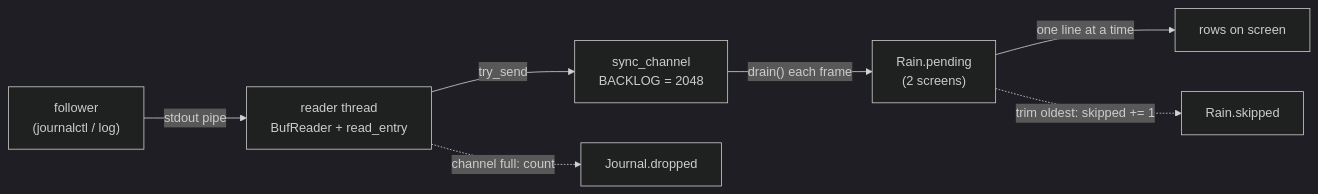
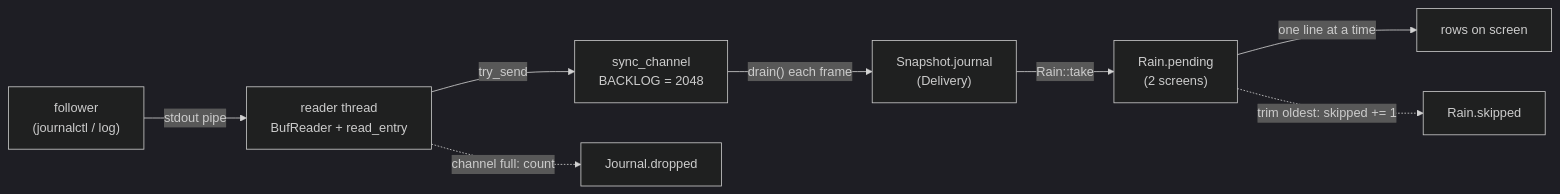
One commit to tfpickard/isotop changed the diagram in wiki/Theory-Journal.md. Above: the diagram before and after it, drawn with Mermaid (dark theme). The commit also changed other lines of this file and 35 other files, not shown here.

````diff
--- a/wiki/Theory-Journal.md
+++ b/wiki/Theory-Journal.md
@@ -88,9 +100,10 @@
 ```mermaid
 flowchart LR
     A["follower<br/>(journalctl / log)"] -->|"stdout pipe"| B["reader thread<br/>BufReader + read_entry"]
     B -->|"try_send"| C["sync_channel<br/>BACKLOG = 2048"]
-    C -->|"drain() each frame"| D["Rain.pending<br/>(2 screens)"]
+    C -->|"drain() each frame"| S["Snapshot.journal<br/>(Delivery)"]
+    S -->|"Rain::take"| D["Rain.pending<br/>(2 screens)"]
     D -->|"one line at a time"| E["rows on screen"]
     B -. "channel full: count" .-> F["Journal.dropped"]
     D -. "trim oldest: skipped += 1" .-> G["Rain.skipped"]
 ```
````
